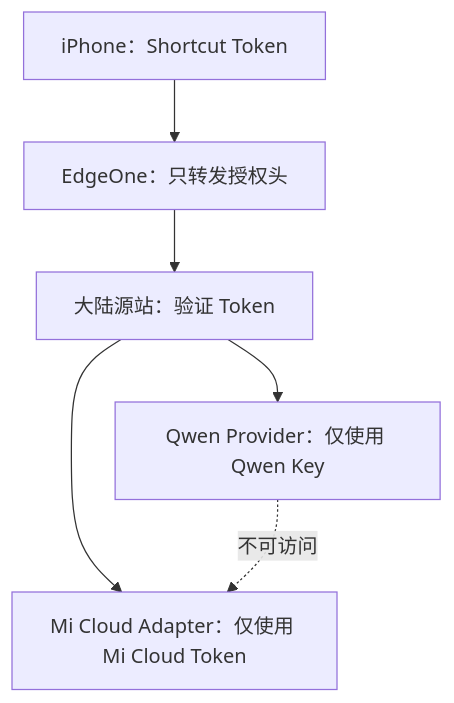
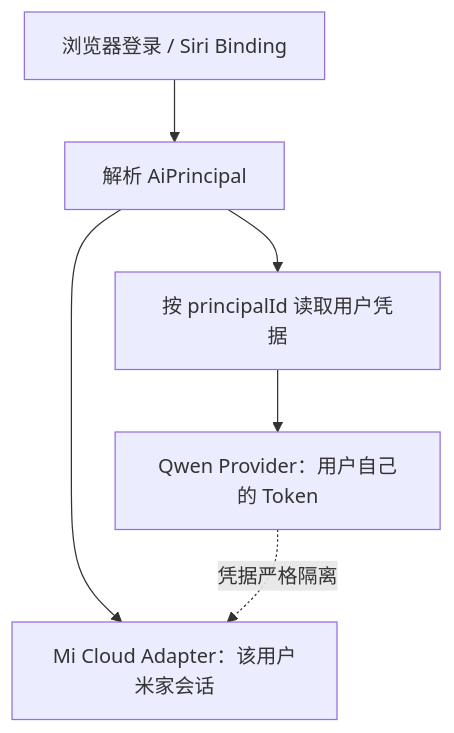
Before and after one commit to zhangys10/mijia-web-console: diagram 15 of 25 in docs/ai-home-poc-design.md, drawn with Mermaid. The commit also changed other lines of this file, not shown here.

Commit message:
docs: design per-user LLM provider credentials

````diff
--- a/docs/ai-home-poc-design.md
+++ b/docs/ai-home-poc-design.md
@@ -619,8 +755,8 @@
 ```mermaid
 flowchart TD
-    A["iPhone：Shortcut Token"] --> B["EdgeOne：只转发授权头"]
-    B --> C["大陆源站：验证 Token"]
-    C --> D["Qwen Provider：仅使用 Qwen Key"]
-    C --> E["Mi Cloud Adapter：仅使用 Mi Cloud Token"]
-    D -. 不可访问 .-> E
+    A["浏览器登录 / Siri Binding"] --> B["解析 AiPrincipal"]
+    B --> C["按 principalId 读取用户凭据"]
+    C --> D["Qwen Provider：用户自己的 Token"]
+    B --> E["Mi Cloud Adapter：该用户米家会话"]
+    D -. 凭据严格隔离 .-> E
 ```
````
